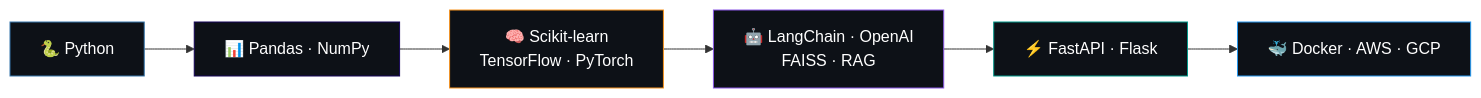
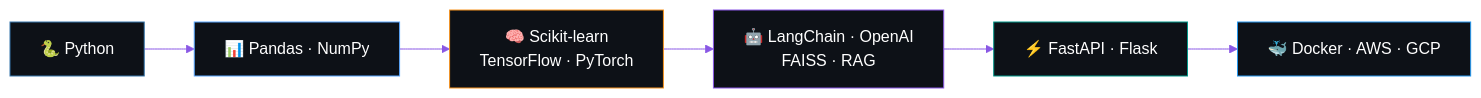
Before and after one commit to akarshsrvt/akarshsrvt: the first of 5 diagrams in README.md, drawn with Mermaid. The commit also changed other lines of this file, not shown here.

````diff
--- a/README.md
+++ b/README.md
@@ -197,15 +135,16 @@
 ```mermaid
+%%{init: {'theme':'base','themeVariables':{'lineColor':'#8957e5','primaryTextColor':'#ffffff','primaryColor':'#0d1117','primaryBorderColor':'#00f7a5','edgeLabelBackground':'#0d1117'}}}%%
 flowchart LR
     A["🐍 Python"] --> B["📊 Pandas · NumPy"]
     B --> C["🧠 Scikit-learn<br/>TensorFlow · PyTorch"]
     C --> D["🤖 LangChain · OpenAI<br/>FAISS · RAG"]
     D --> E["⚡ FastAPI · Flask"]
     E --> F["🐳 Docker · AWS · GCP"]
 
     style A fill:#0d1117,stroke:#3776AB,color:#fff
-    style B fill:#0d1117,stroke:#150458,color:#fff
+    style B fill:#0d1117,stroke:#58a6ff,color:#fff
     style C fill:#0d1117,stroke:#F7931E,color:#fff
     style D fill:#0d1117,stroke:#8957e5,color:#fff
     style E fill:#0d1117,stroke:#009688,color:#fff
     style F fill:#0d1117,stroke:#2496ED,color:#fff
 ```
````
